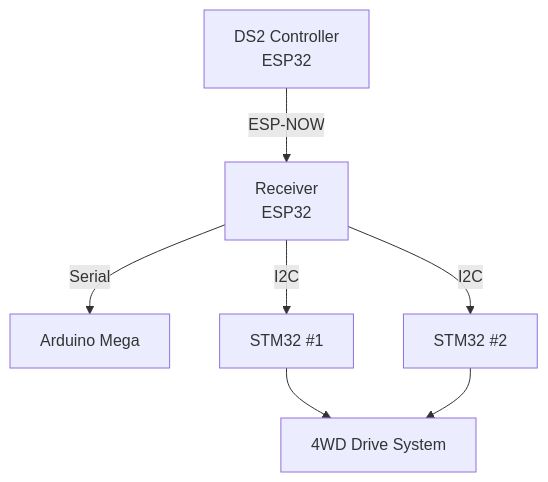
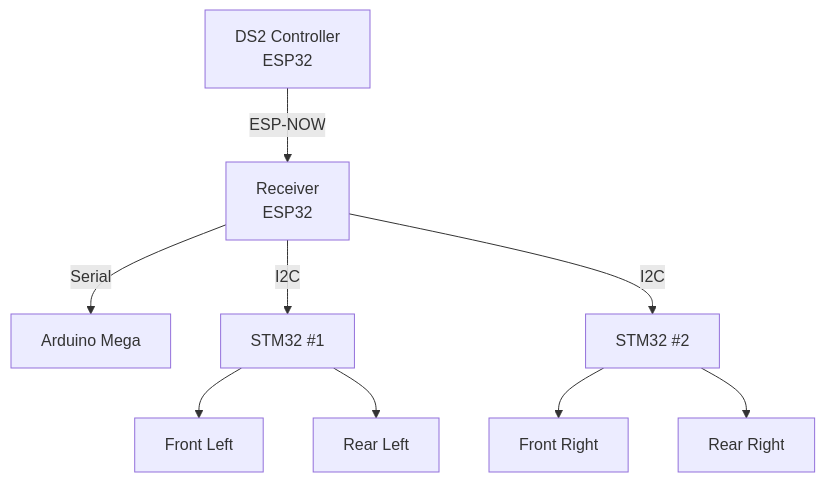
Before and after one commit to Irfan-LX25/Ri-Setan-LX25: the diagram in README.md, drawn with Mermaid. The commit also changed other lines of this file, not shown here.

````diff
--- a/README.md
+++ b/README.md
@@ -42,16 +41,27 @@
 ```mermaid
 graph TD
     DS2[DS2 Controller<br/>ESP32]
     RX[Receiver<br/>ESP32]
     MEGA[Arduino Mega]
+
     STM1[STM32 #1]
     STM2[STM32 #2]
-    WD[4WD Drive System]
+
+    FL[Front Left]
+    FR[Front Right]
+    RL[Rear Left]
+    RR[Rear Right]
 
     DS2 -->|ESP-NOW| RX
     RX -->|Serial| MEGA
+
     RX -->|I2C| STM1
     RX -->|I2C| STM2
-    STM1 --> WD
-    STM2 --> WD
+
+    STM1 --> FL
+    STM1 --> RL
+
+    STM2 --> FR
+    STM2 --> RR
+
 ```
````
